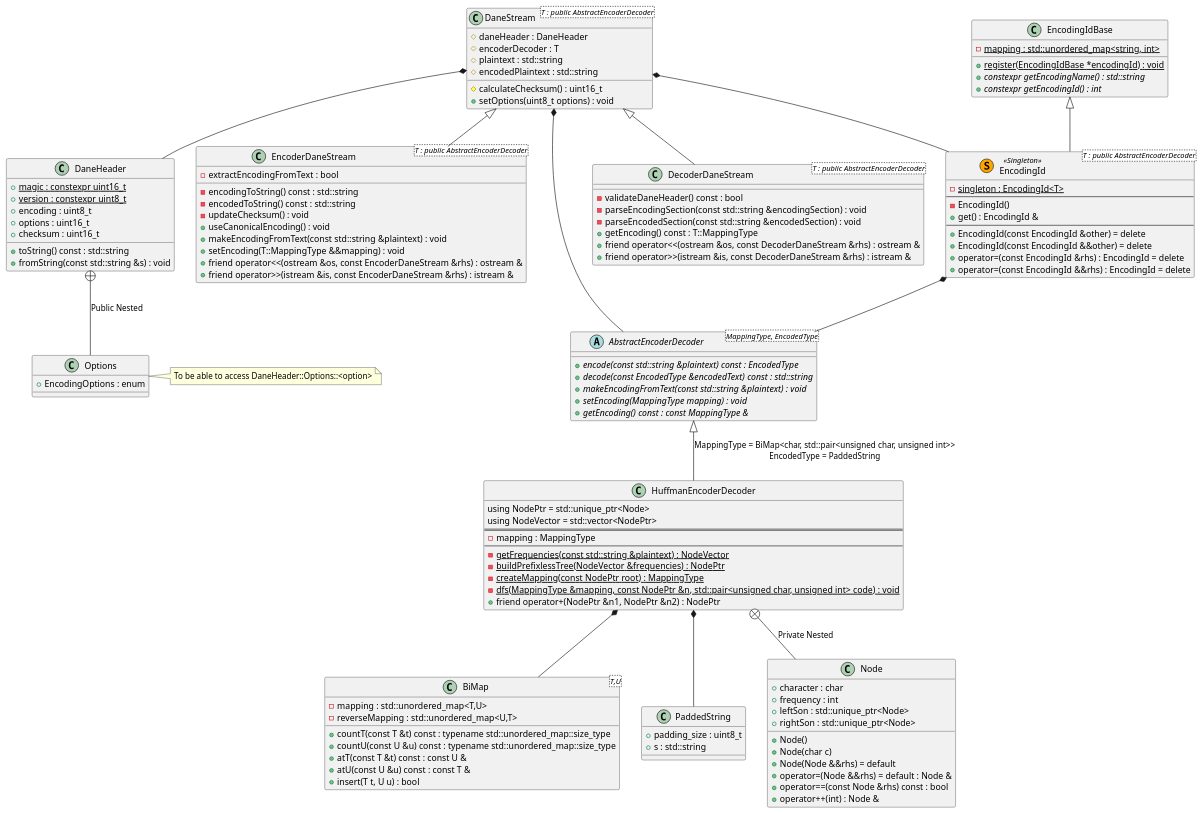
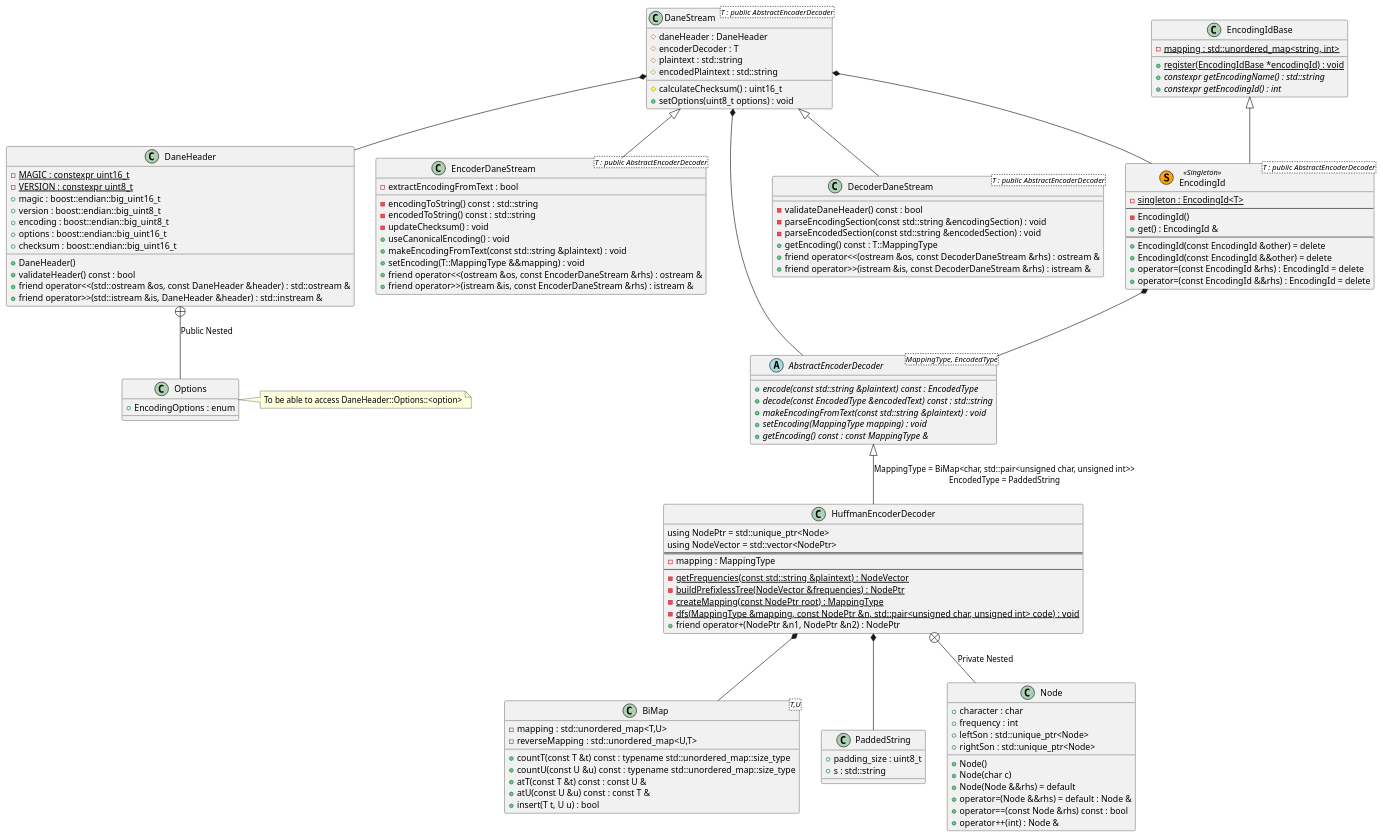
Before and after one commit to dan1994/cpp--dane: the diagram in docs/design.puml, drawn with PlantUML. The commit also changed 1 other file, not shown here.

```diff
--- a/docs/design.puml
+++ b/docs/design.puml
@@ -1,130 +1,134 @@
 @startuml dane
 class BiMap<T,U> {
 	- {field}	mapping : std::unordered_map<T,U>
 	- {field}	reverseMapping : std::unordered_map<U,T>
 	+ {method}	countT(const T &t) const : typename std::unordered_map::size_type
 	+ {method}	countU(const U &u) const : typename std::unordered_map::size_type
 	+ {method}	atT(const T &t) const : const U &
 	+ {method}	atU(const U &u) const : const T &
 	+ {method}	insert(T t, U u) : bool
 }
 
 class PaddedString {
 	+ {field}	padding_size : uint8_t
 	+ {field}	s : std::string
 }
 
 abstract class AbstractEncoderDecoder<MappingType, EncodedType> {
 	+ {method}	{abstract} encode(const std::string &plaintext) const : EncodedType
 	+ {method}	{abstract} decode(const EncodedType &encodedText) const : std::string
 	+ {method}	{abstract} makeEncodingFromText(const std::string &plaintext) : void
 	+ {method}	{abstract} setEncoding(MappingType mapping) : void
 	+ {method}	{abstract} getEncoding() const : const MappingType &
 }
 
 AbstractEncoderDecoder <|-- HuffmanEncoderDecoder : \
 MappingType = BiMap<char, std::pair<unsigned char, unsigned int>>\n\
 EncodedType = PaddedString
 HuffmanEncoderDecoder *-- BiMap
 HuffmanEncoderDecoder *-- PaddedString
 HuffmanEncoderDecoder +-- Node : "Private Nested"
 class HuffmanEncoderDecoder {
 	using NodePtr = std::unique_ptr<Node>
 	using NodeVector = std::vector<NodePtr>
 	==
 	- {field}	mapping : MappingType
 	--
 	- {method}	{static} getFrequencies(const std::string &plaintext) : NodeVector
 	- {method}	{static} buildPrefixlessTree(NodeVector &frequencies) : NodePtr
 	- {method}	{static} createMapping(const NodePtr root) : MappingType
 	- {method}	{static} dfs(MappingType &mapping, const NodePtr &n, \
 std::pair<unsigned char, unsigned int> code) : void
 	+ {method}	friend operator+(NodePtr &n1, NodePtr &n2) : NodePtr
 }
 
 class Node {
 	+ {field}	character : char
 	+ {field}	frequency : int
 	+ {field}	leftSon : std::unique_ptr<Node>
 	+ {field}	rightSon : std::unique_ptr<Node>
 	+ {method}	Node()
 	+ {method}	Node(char c)
 	+ {method}	Node(Node &&rhs) = default
 	+ {method}	operator=(Node &&rhs) = default : Node &
 	+ {method}	operator==(const Node &rhs) const : bool
 	+ {method}	operator++(int) : Node &
 }
 
 DaneStream *-- DaneHeader
 class DaneHeader {
-	+ {field}	{static} magic : constexpr uint16_t
-	+ {field}	{static} version : constexpr uint8_t
-	+ {field}	encoding : uint8_t
-	+ {field}	options : uint16_t
-	+ {field}	checksum : uint16_t
-	+ {method}	toString() const : std::string
-	+ {method}	fromString(const std::string &s) : void
+	- {field}	{static} MAGIC : constexpr uint16_t
+	- {field}	{static} VERSION : constexpr uint8_t
+	+ {field}	magic : boost::endian::big_uint16_t
+	+ {field}	version : boost::endian::big_uint8_t
+	+ {field}	encoding : boost::endian::big_uint8_t
+	+ {field}	options : boost::endian::big_uint16_t
+	+ {field}	checksum : boost::endian::big_uint16_t
+	+ {method}	DaneHeader()
+	+ {method}	validateHeader() const : bool
+	+ {method}	friend operator<<(std::ostream &os, const DaneHeader &header) : std::ostream &
+	+ {method}	friend operator>>(std::istream &is, DaneHeader &header) : std::instream &
 }
 
 DaneHeader +-- Options : Public Nested
 note right of Options : To be able to access DaneHeader::Options::<option>
 class Options {
 	+ {field}	EncodingOptions : enum
 }
 
 DaneStream *-- AbstractEncoderDecoder
 DaneStream *-- EncodingId
 class DaneStream<T : public AbstractEncoderDecoder> {
 	# {field}	daneHeader : DaneHeader
 	# {field}	encoderDecoder : T
 	# {field}	plaintext : std::string
 	# {field}	encodedPlaintext : std::string
 	# {method}	calculateChecksum() : uint16_t
 	+ {method}	setOptions(uint8_t options) : void
 }
 
 DaneStream <|-- EncoderDaneStream
 class EncoderDaneStream<T : public AbstractEncoderDecoder> {
 	- {field}	extractEncodingFromText : bool
 	- {method}	encodingToString() const : std::string
 	- {method}	encodedToString() const : std::string
 	- {method}	updateChecksum() : void
 	+ {method}	useCanonicalEncoding() : void
 	+ {method}	makeEncodingFromText(const std::string &plaintext) : void
 	+ {method}	setEncoding(T::MappingType &&mapping) : void
 	+ {method}	friend operator<<(ostream &os, const EncoderDaneStream &rhs) : ostream &
 	+ {method}	friend operator>>(istream &is, const EncoderDaneStream &rhs) : istream &
 }
 
 DaneStream <|-- DecoderDaneStream
 class DecoderDaneStream<T : public AbstractEncoderDecoder> {
 	- {method}	validateDaneHeader() const : bool
 	- {method}	parseEncodingSection(const std::string &encodingSection) : void
 	- {method}	parseEncodedSection(const std::string &encodedSection) : void
 	+ {method}	getEncoding() const : T::MappingType
 	+ {method}	friend operator<<(ostream &os, const DecoderDaneStream &rhs) : ostream &
 	+ {method}	friend operator>>(istream &is, const DecoderDaneStream &rhs) : istream &
 }
 
 class EncodingIdBase {
 	- {field}	{static} mapping : std::unordered_map<string, int>
 	+ {method}	{static} register(EncodingIdBase *encodingId) : void
 	+ {method}	{abstract} constexpr getEncodingName() : std::string
 	+ {method}	{abstract} constexpr getEncodingId() : int
 }
 
 EncodingIdBase <|-- EncodingId
 EncodingId *-- AbstractEncoderDecoder
 class EncodingId<T : public AbstractEncoderDecoder> << (S,Orange) Singleton >> {
 	- {field}	{static} singleton : EncodingId<T>
 	--
 	- {method}	EncodingId()
 	+ {method}	get() : EncodingId &
 	--
 	+ {method}	EncodingId(const EncodingId &other) = delete
 	+ {method}	EncodingId(const EncodingId &&other) = delete
 	+ {method}	operator=(const EncodingId &rhs) : EncodingId = delete
 	+ {method}	operator=(const EncodingId &&rhs) : EncodingId = delete
 }
 
 @enduml
```
